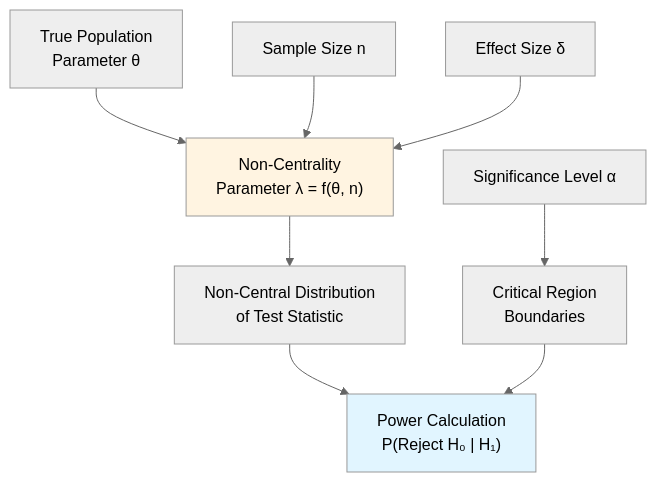
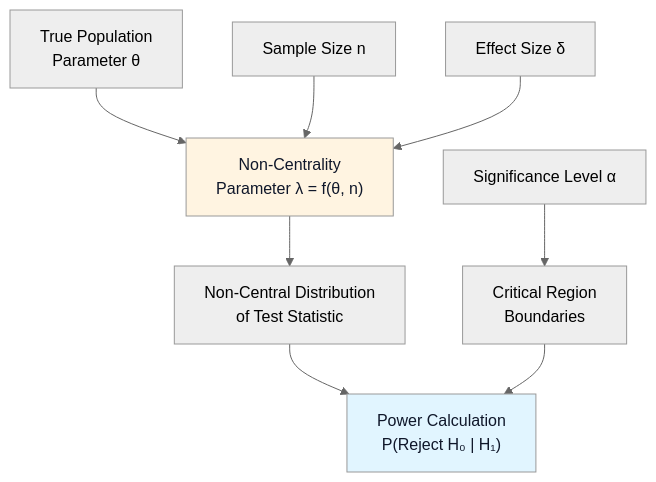
The first of 2 diagrams in topics/computing/data/data_analysis/lesson_04_power_analysis.md (blebleblee/synapse), drawn with Mermaid (neutral theme) before and after one commit. The commit also changed other lines of this file and 1464 other files, not shown here.

Commit message:
feat(release): curriculum vector mermaid upgrade, render hardening, and master synpack

````diff
--- a/topics/computing/data/data_analysis/lesson_04_power_analysis.md
+++ b/topics/computing/data/data_analysis/lesson_04_power_analysis.md
@@ -103,13 +103,13 @@
 ```mermaid
 graph TD
     A["True Population<br/>Parameter θ"] --> B["Non-Centrality<br/>Parameter λ = f(θ, n)"]
     B --> C["Non-Central Distribution<br/>of Test Statistic"]
     D["Significance Level α"] --> E["Critical Region<br/>Boundaries"]
     C --> F["Power Calculation<br/>P(Reject H₀ | H₁)"]
     E --> F
     G["Sample Size n"] --> B
     H["Effect Size δ"] --> B
     
-    style F fill:#e1f5ff
-    style B fill:#fff4e1
+    style F fill:#e1f5ff,color:#0f172a
+    style B fill:#fff4e1,color:#0f172a
 ```
````
